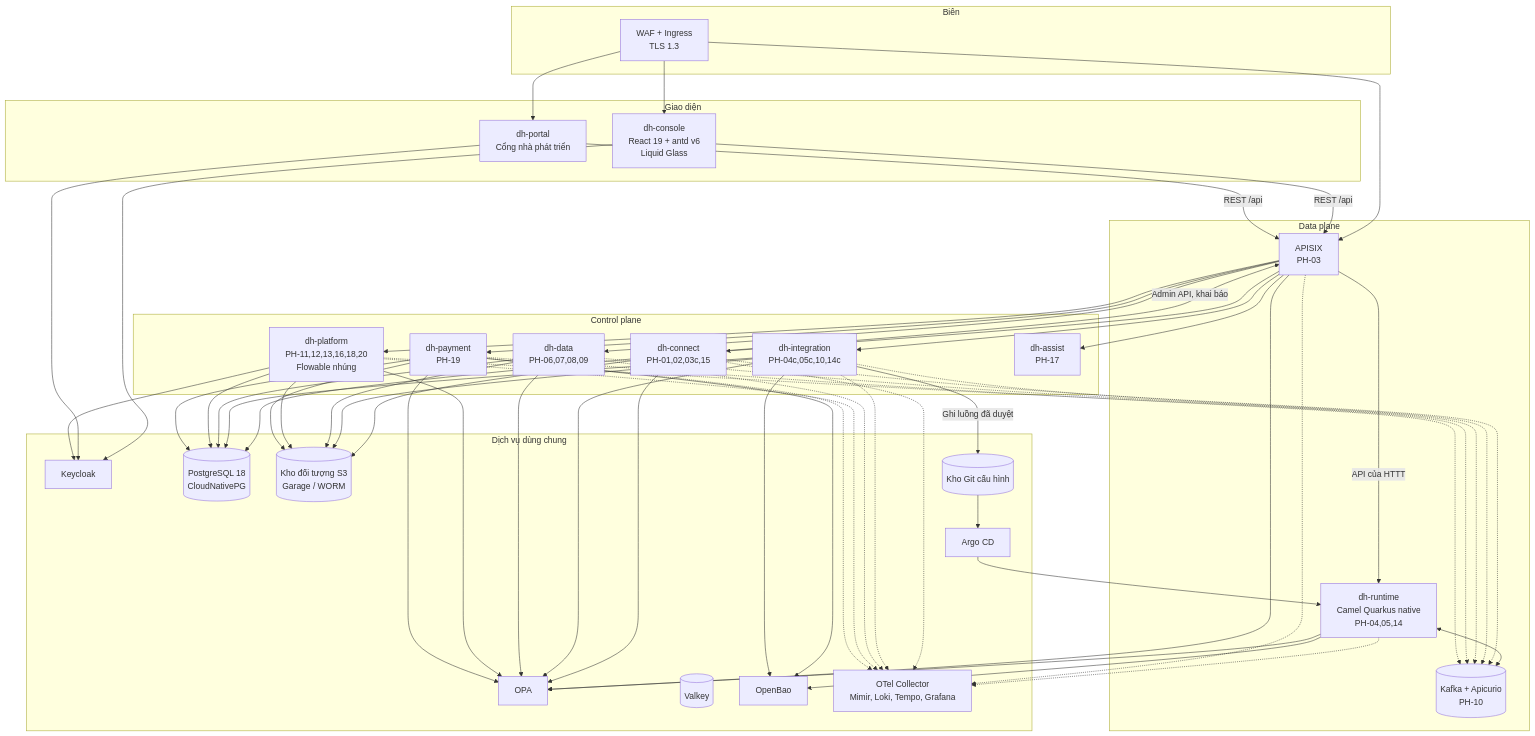
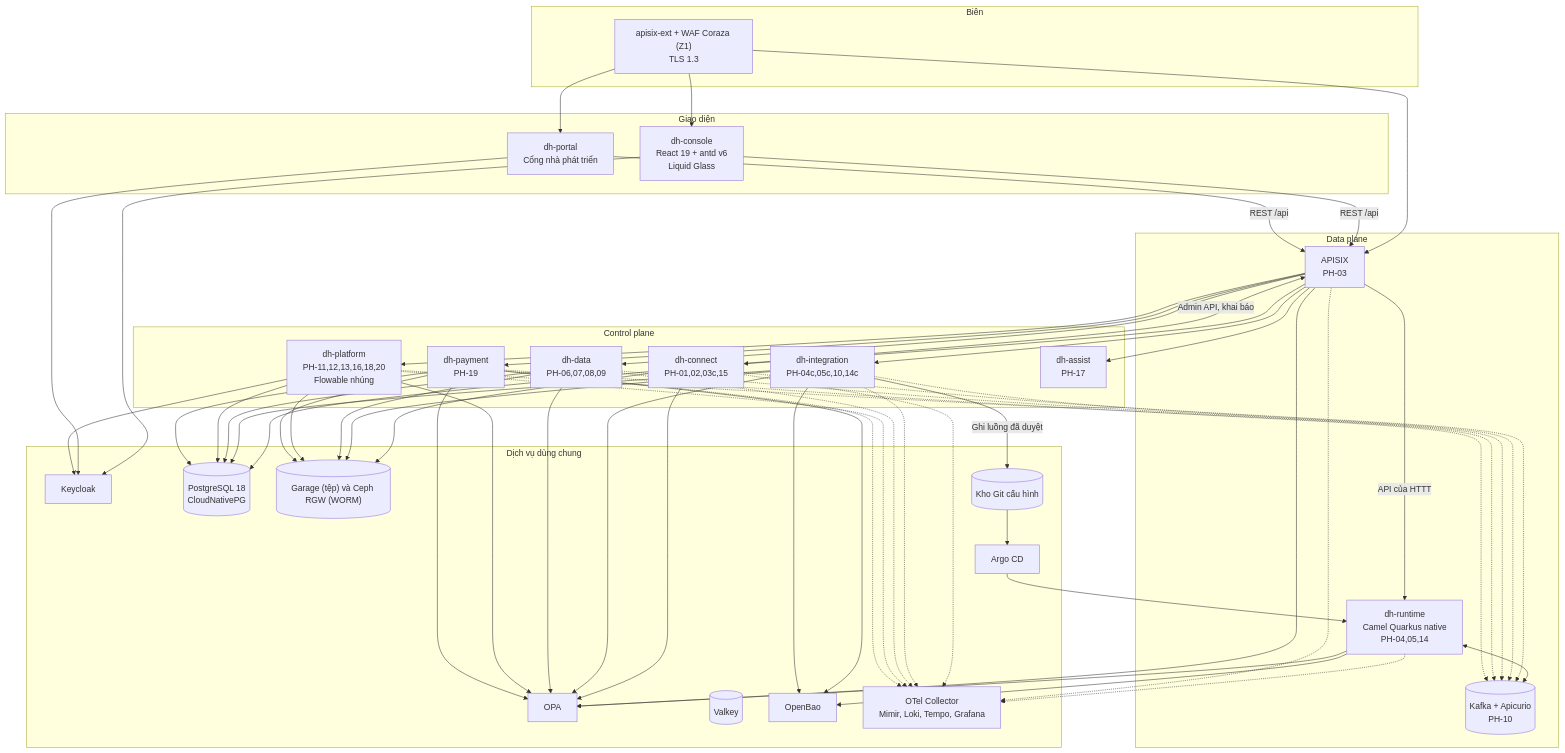
The second of 6 diagrams in datahub-docs/03-thiet-ke/D03-01-sad.md (caprocute/DATAHUB), drawn with Mermaid before and after one commit. The commit also changed other lines of this file and 6 other files, not shown here.

First line of the commit message:
Sửa sau rà chéo: D01-02 phân đợt 12/4/4 phân hệ (175/55/45,5 người-tháng) và 458,5 người-tháng; D02-08 nghĩa DU; SAD sơ đồ C4 dùng apisix-ext + Coraza, Garage và Ceph RGW WORM; D03-08 23 trường TT; tài liệu Đợt 5 ghi dự kiến

````diff
--- a/datahub-docs/03-thiet-ke/D03-01-sad.md
+++ b/datahub-docs/03-thiet-ke/D03-01-sad.md
@@ -590,51 +590,51 @@
 ```{.mermaid caption="Container của Datahub theo control plane, data plane và dịch vụ dùng chung (C4 mức 2)"}
 flowchart TB
   subgraph Edge[Biên]
-    WAF[WAF + Ingress<br/>TLS 1.3]
+    WAF["apisix-ext + WAF Coraza (Z1)<br/>TLS 1.3"]
   end
   subgraph FE[Giao diện]
     CON[dh-console<br/>React 19 + antd v6<br/>Liquid Glass]
     POR[dh-portal<br/>Cổng nhà phát triển]
   end
   subgraph CP[Control plane]
     CNX[dh-connect<br/>PH-01,02,03c,15]
     INT[dh-integration<br/>PH-04c,05c,10,14c]
     DAT[dh-data<br/>PH-06,07,08,09]
     PLT[dh-platform<br/>PH-11,12,13,16,18,20<br/>Flowable nhúng]
     PAYD[dh-payment<br/>PH-19]
     AST[dh-assist<br/>PH-17]
   end
   subgraph DP[Data plane]
     GW[APISIX<br/>PH-03]
     RT[dh-runtime<br/>Camel Quarkus native<br/>PH-04,05,14]
     KF[(Kafka + Apicurio<br/>PH-10)]
   end
   subgraph SH[Dịch vụ dùng chung]
     KC[Keycloak]
     OPA[OPA]
     PG[(PostgreSQL 18<br/>CloudNativePG)]
-    S3[(Kho đối tượng S3<br/>Garage / WORM)]
+    S3[("Garage (tệp) và Ceph RGW (WORM)")]
     VK[(Valkey)]
     BAO[OpenBao]
     GIT[(Kho Git cấu hình)]
     ARGO[Argo CD]
     OBS[OTel Collector<br/>Mimir, Loki, Tempo, Grafana]
   end
   WAF --> CON & POR
   WAF --> GW
   CON & POR -->|REST /api| GW
   GW --> CNX & INT & DAT & PLT & PAYD & AST
   GW -->|API của HTTT| RT
   RT <--> KF
   CNX & INT & DAT & PLT & PAYD -.-> KF
   CNX & INT & DAT & PLT & PAYD --> PG
   CNX & INT & DAT & PLT & PAYD --> S3
   CNX -->|Admin API, khai báo| GW
   INT -->|Ghi luồng đã duyệt| GIT
   GIT --> ARGO --> RT
   CNX & INT & DAT & PLT & PAYD & RT & GW --> OPA
   CON & POR --> KC
   PLT --> KC
   RT & PAYD & INT --> BAO
   CNX & INT & DAT & PLT & PAYD & RT & GW -.-> OBS
 ```
````
